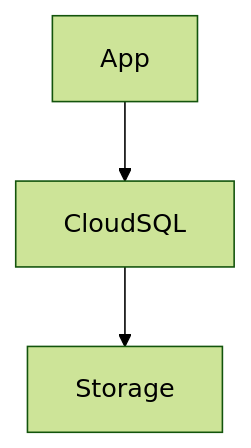
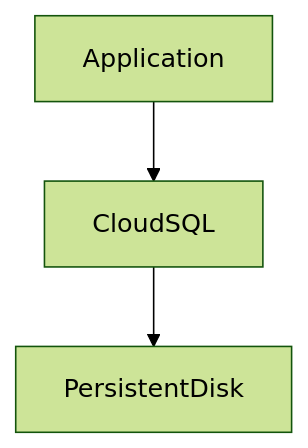
One commit to conti0513/development_public changed the third of 10 diagrams in 06_LAB/01_GCP_ACE_HACK/sessions_ver262/06_database.md. Above: the diagram before and after it, drawn with Mermaid (forest theme). The commit also changed other lines of this file and 9 other files, not shown here.

````diff
--- a/06_LAB/01_GCP_ACE_HACK/sessions_ver262/06_database.md
+++ b/06_LAB/01_GCP_ACE_HACK/sessions_ver262/06_database.md
@@ -85,5 +106,5 @@
 ```mermaid
 graph TD
-App --> CloudSQL
-CloudSQL --> Storage
+Application --> CloudSQL
+CloudSQL --> PersistentDisk
 ```
````
